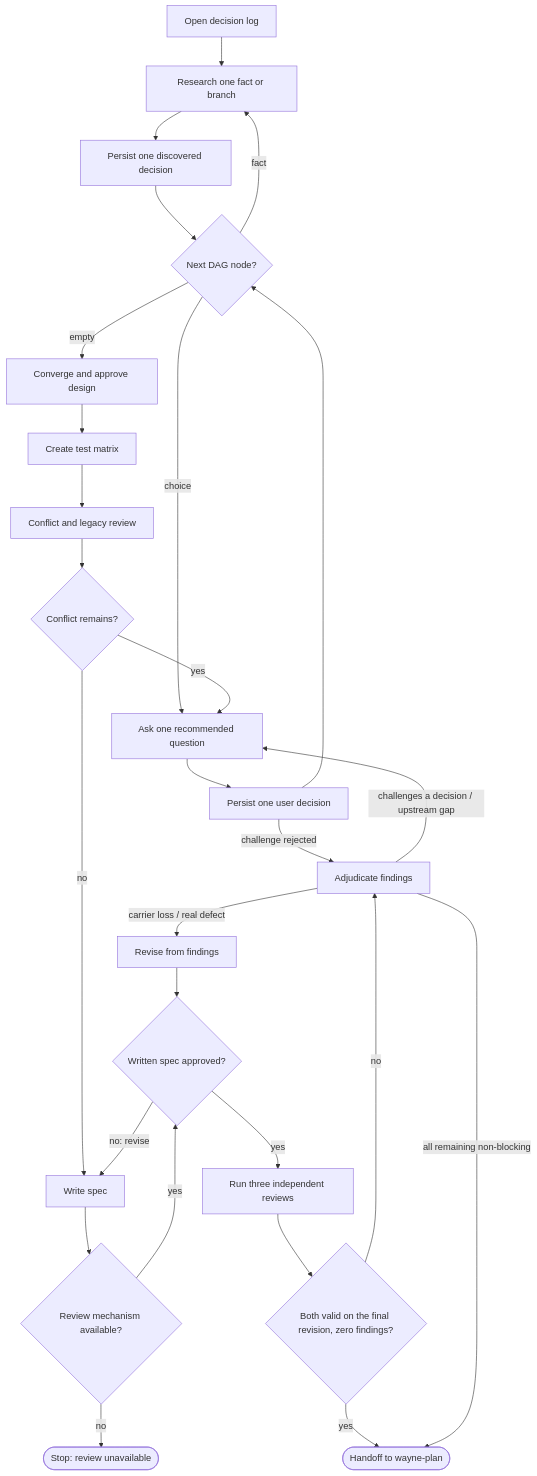
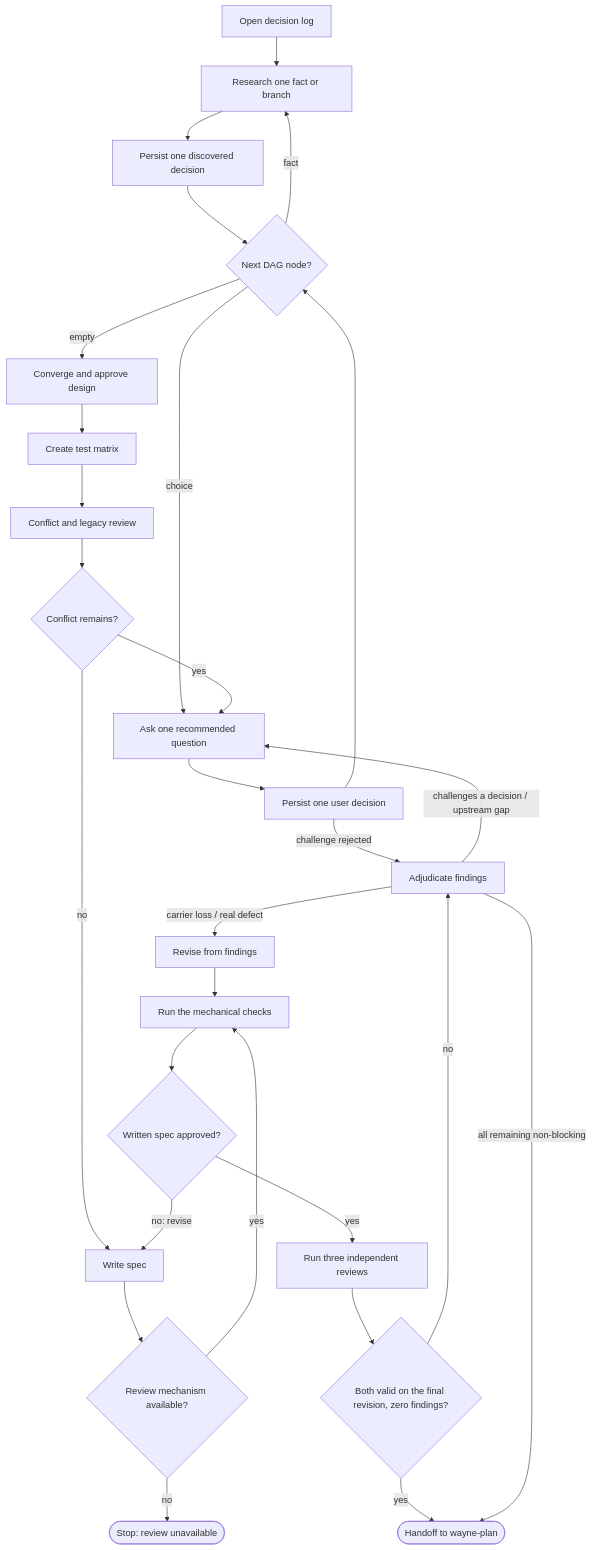
The diagram in wayne-mind-explode/SKILL.md (waynejing995/wayne-taste), drawn with Mermaid before and after one commit. The commit also changed other lines of this file and 3 other files, not shown here.

````diff
--- a/wayne-mind-explode/SKILL.md
+++ b/wayne-mind-explode/SKILL.md
@@ -36,49 +36,51 @@
 ```mermaid
 flowchart TB
     A["Open decision log"]
     B["Research one fact or branch"]
     P["Persist one discovered decision"]
     C{"Next DAG node?"}
     D["Ask one recommended question"]
     Q["Persist one user decision"]
     E["Converge and approve design"]
     F["Create test matrix"]
     G["Conflict and legacy review"]
     H{"Conflict remains?"}
     I["Write spec"]
+    M["Run the mechanical checks"]
     V{"Written spec approved?"}
     J["Run three independent reviews"]
     K{"Both valid on the final revision, zero findings?"}
     ADJ["Adjudicate findings"]
     R["Revise from findings"]
     U{"Review mechanism available?"}
     X(["Stop: review unavailable"])
     L(["Handoff to wayne-plan"])
 
     A --> B
     B --> P
     P --> C
     C -->|"fact"| B
     C -->|"choice"| D
     D --> Q
     Q --> C
     Q -->|"challenge rejected"| ADJ
     C -->|"empty"| E
     E --> F
     F --> G
     G --> H
     H -->|"yes"| D
     H -->|"no"| I
     I --> U
-    U -->|"yes"| V
+    U -->|"yes"| M
+    M --> V
     U -->|"no"| X
     V -->|"no: revise"| I
     V -->|"yes"| J
     J --> K
     K -->|"yes"| L
     K -->|"no"| ADJ
     ADJ -->|"carrier loss / real defect"| R
     ADJ -->|"challenges a decision / upstream gap"| D
     ADJ -->|"all remaining non-blocking"| L
-    R --> V
+    R --> M
 ```
````
